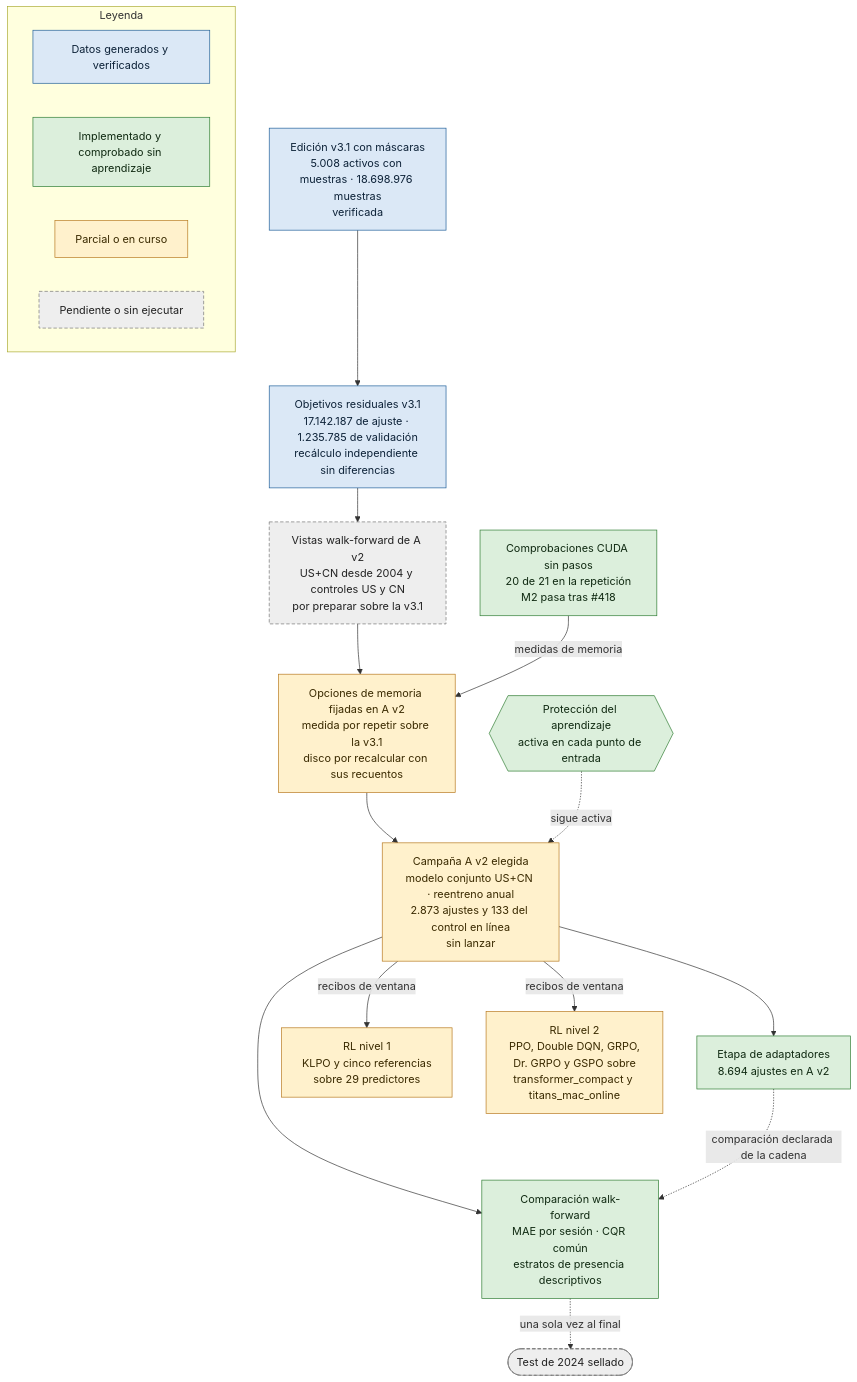
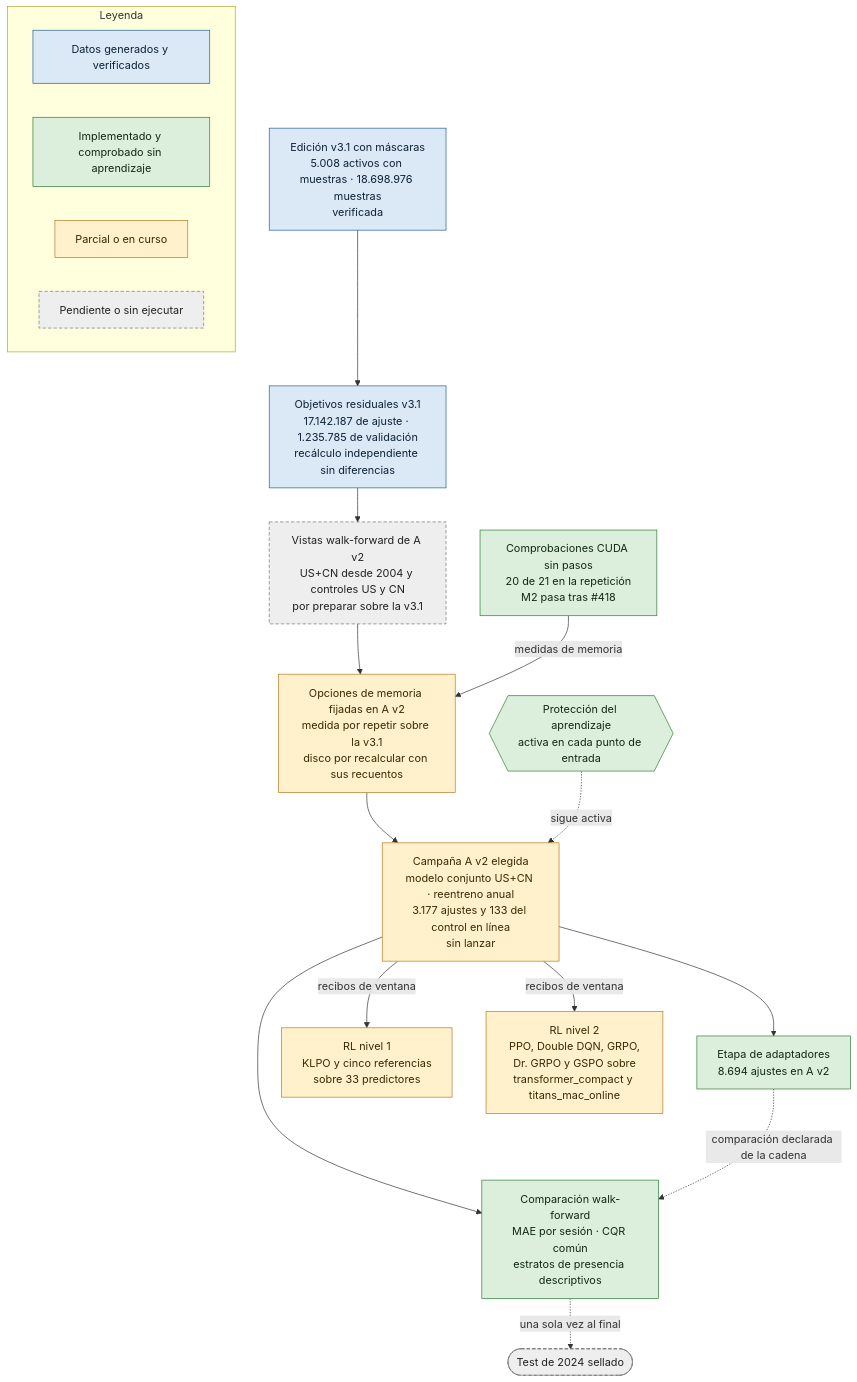
The first of 3 diagrams in README.md (GonxKZ/mars-titan), drawn with Mermaid before and after one commit. The commit also changed other lines of this file and 52 other files, not shown here.

````diff
--- a/README.md
+++ b/README.md
@@ -37,37 +37,37 @@
 ```mermaid
 flowchart TD
     E["Edición v3.1 con máscaras<br/>5.008 activos con muestras · 18.698.976 muestras<br/>verificada"]:::ejecutado
     O["Objetivos residuales v3.1<br/>17.142.187 de ajuste · 1.235.785 de validación<br/>recálculo independiente sin diferencias"]:::ejecutado
     H{{"Protección del aprendizaje<br/>activa en cada punto de entrada"}}:::comprobado
     W["Vistas walk-forward de A v2<br/>US+CN desde 2004 y controles US y CN<br/>por preparar sobre la v3.1"]:::pendiente
     K["Comprobaciones CUDA sin pasos<br/>20 de 21 en la repetición<br/>M2 pasa tras #418"]:::comprobado
     Q["Opciones de memoria fijadas en A v2<br/>medida por repetir sobre la v3.1<br/>disco por recalcular con sus recuentos"]:::parcial
-    A["Campaña A v2 elegida<br/>modelo conjunto US+CN · reentreno anual<br/>2.873 ajustes y 133 del control en línea<br/>sin lanzar"]:::parcial
+    A["Campaña A v2 elegida<br/>modelo conjunto US+CN · reentreno anual<br/>3.177 ajustes y 133 del control en línea<br/>sin lanzar"]:::parcial
     P["Etapa de adaptadores<br/>8.694 ajustes en A v2"]:::comprobado
-    R1["RL nivel 1<br/>KLPO y cinco referencias<br/>sobre 29 predictores"]:::parcial
+    R1["RL nivel 1<br/>KLPO y cinco referencias<br/>sobre 33 predictores"]:::parcial
     R2["RL nivel 2<br/>PPO, Double DQN, GRPO,<br/>Dr. GRPO y GSPO sobre<br/>transformer_compact y titans_mac_online"]:::parcial
     C["Comparación walk-forward<br/>MAE por sesión · CQR común<br/>estratos de presencia descriptivos"]:::comprobado
     T(["Test de 2024 sellado"]):::pendiente
 
     E --> O --> W --> Q --> A
     K -- medidas de memoria --> Q
     H -. sigue activa .-> A
     A --> P
     A -- recibos de ventana --> R1
     A -- recibos de ventana --> R2
     A --> C
     P -. comparación declarada de la cadena .-> C
     C -. una sola vez al final .-> T
 
     subgraph LEY["Leyenda"]
         L0["Datos generados y verificados"]:::ejecutado
         L1["Implementado y comprobado sin aprendizaje"]:::comprobado
         L2["Parcial o en curso"]:::parcial
         L3["Pendiente o sin ejecutar"]:::pendiente
     end
 
     classDef ejecutado fill:#dbe8f6,stroke:#1f5f99,color:#0d2238
     classDef comprobado fill:#dcefdc,stroke:#2e7d32,color:#102a12
     classDef parcial fill:#fff1cc,stroke:#b7791f,color:#3a2a00
     classDef pendiente fill:#eeeeee,stroke:#757575,color:#222222,stroke-dasharray:5 3
 ```
````
